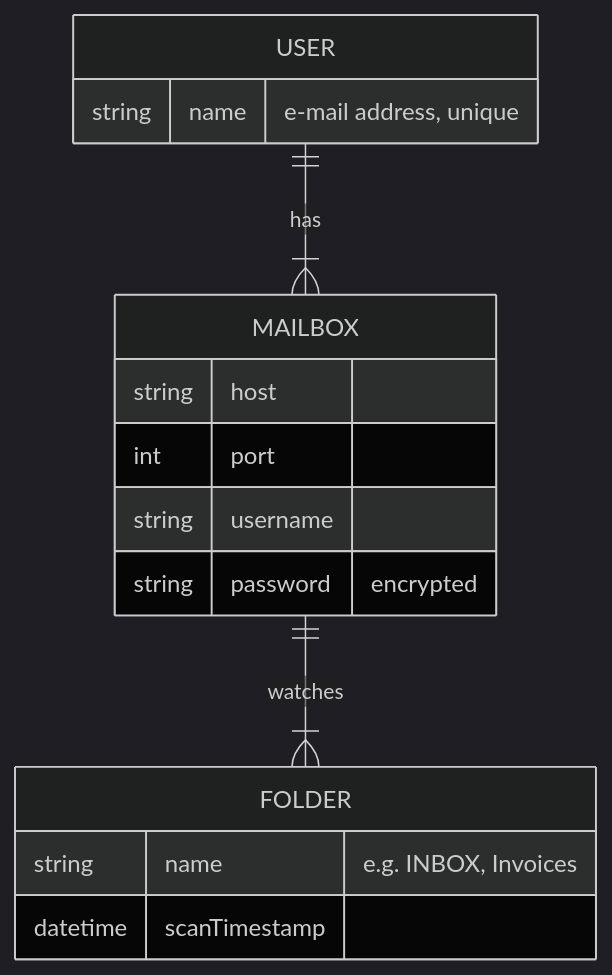
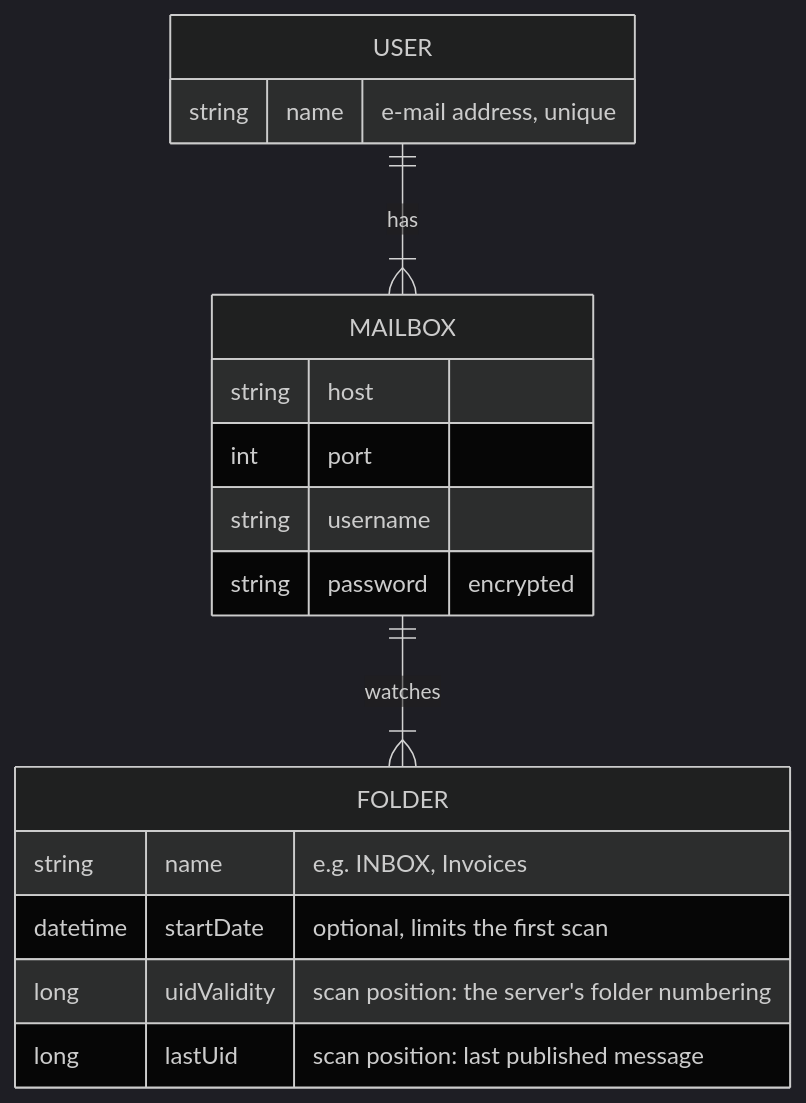
The second of 2 diagrams in docs/system/index.md (Guslarz/invoice-watcher), drawn with Mermaid (dark theme) before and after one commit. The commit also changed other lines of this file and 37 other files, not shown here.

First line of the commit message:
Scan folders by IMAP UID position instead of sent date

````diff
--- a/docs/system/index.md
+++ b/docs/system/index.md
@@ -82,18 +86,20 @@
 ```mermaid
 erDiagram
   USER ||--|{ MAILBOX : has
   MAILBOX ||--|{ FOLDER : watches
   USER {
     string name "e-mail address, unique"
   }
   MAILBOX {
     string host
     int port
     string username
     string password "encrypted"
   }
   FOLDER {
     string name "e.g. INBOX, Invoices"
-    datetime scanTimestamp
+    datetime startDate "optional, limits the first scan"
+    long uidValidity "scan position: the server's folder numbering"
+    long lastUid "scan position: last published message"
   }
 ```
````
